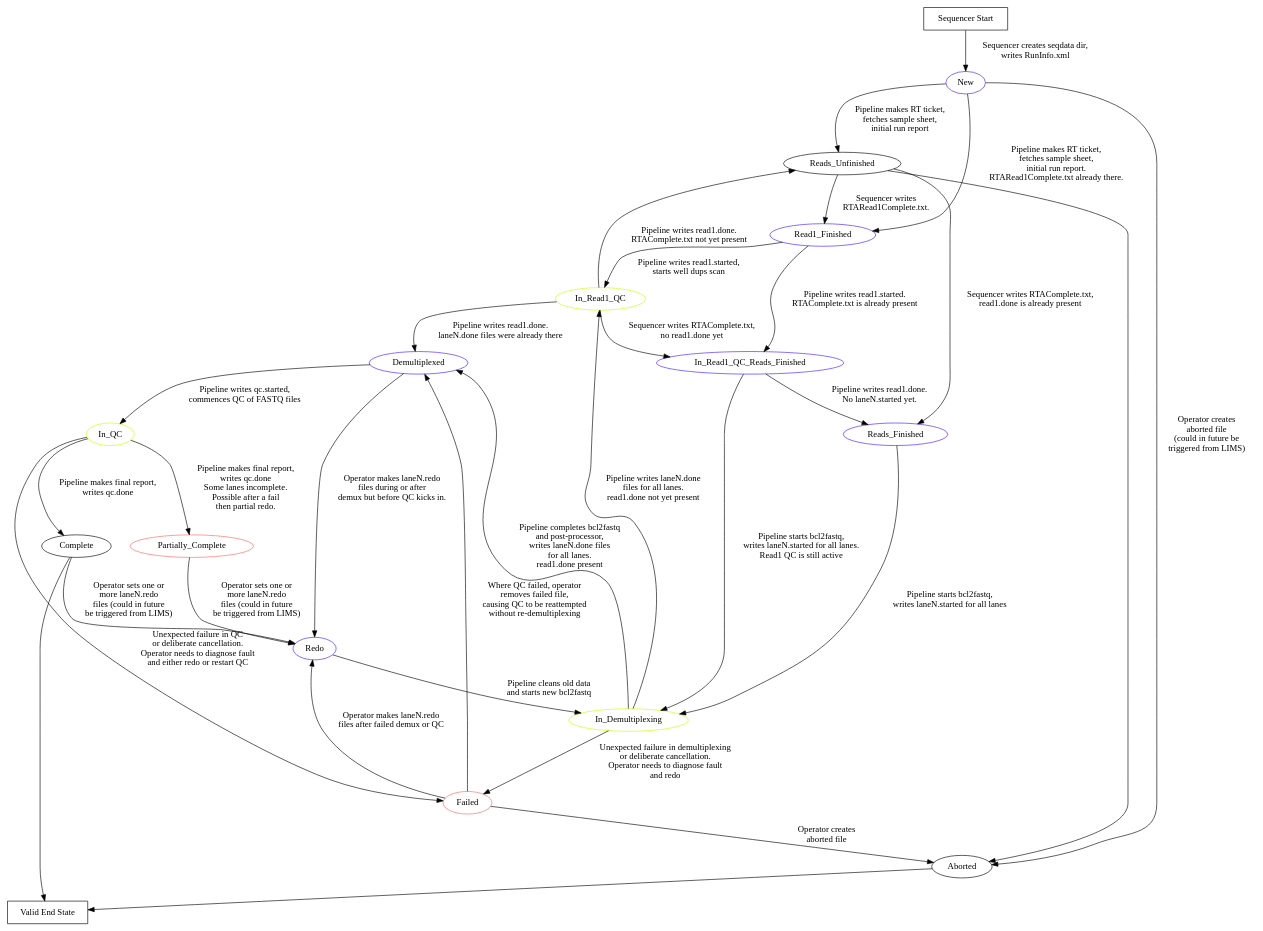
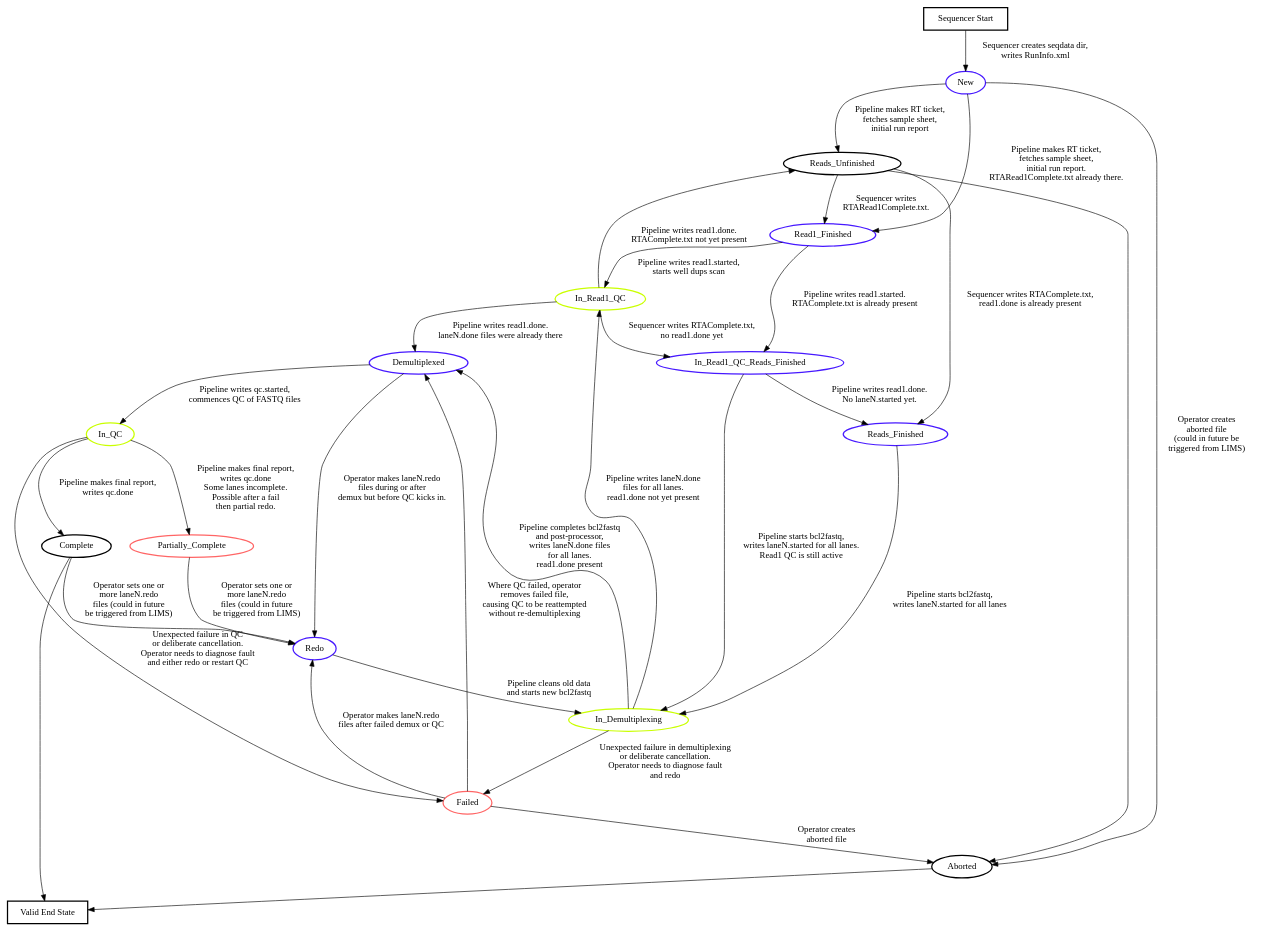
Before and after one commit to EdinburghGenomics/illuminatus: the diagram in doc/qc_trigger.gv, drawn with Graphviz. The commit also changed 1 other file, not shown here.

Commit message:
Tinkering with graph-based status view for the dashboard.

```diff
--- a/doc/qc_trigger.gv
+++ b/doc/qc_trigger.gv
@@ -1,50 +1,51 @@
 digraph G {
   //rankdir=LR;
   // $ dot -Tpdf doc/qc_trigger.gv -o doc/qc_trigger.pdf
   labelfloat=True;
+  node [ style=bold ]
   "Sequencer Start" [ shape = rectangle ]
   "Sequencer Start"   -> "New" [ label = "Sequencer creates seqdata dir,\n writes RunInfo.xml" ]
   "New"               -> "Reads_Unfinished" [ label = "Pipeline makes RT ticket,\n fetches sample sheet,\n initial run report" ]
   "New"               -> "Read1_Finished" [ label = "Pipeline makes RT ticket,\n fetches sample sheet,\n initial run report.\n RTARead1Complete.txt already there." ]
   "New" [color="0.700 0.900 1.000"]
   "Reads_Unfinished"  -> "Read1_Finished" [ label = "Sequencer writes\n RTARead1Complete.txt." ]
   "Read1_Finished"    -> "In_Read1_QC" [ label = "Pipeline writes read1.started,\n starts well dups scan" ]
   "In_Read1_QC"       -> "In_Read1_QC_Reads_Finished" [ label = "Sequencer writes RTAComplete.txt,\n no read1.done yet" ]
   "In_Read1_QC"       -> "Reads_Unfinished" [ label = "Pipeline writes read1.done.\n RTAComplete.txt not yet present" ]
   "In_Read1_QC"       -> "Demultiplexed" [ label = "Pipeline writes read1.done.\n laneN.done files were already there" ]
   "In_Read1_QC" [color="0.201 1.000 1.000"]
   "Read1_Finished"    -> "In_Read1_QC_Reads_Finished" [ label = "Pipeline writes read1.started.\n RTAComplete.txt is already present" ]
   "Read1_Finished" [color="0.700 0.900 1.000"]
   "In_Read1_QC_Reads_Finished" -> "In_Demultiplexing" [ label = "Pipeline starts bcl2fastq,\n writes laneN.started for all lanes.\n Read1 QC is still active" ]
   "In_Read1_QC_Reads_Finished" -> "Reads_Finished" [ label = "Pipeline writes read1.done.\n No laneN.started yet." ]
   "In_Read1_QC_Reads_Finished" [color="0.201 1.000 1.000"]
   "In_Read1_QC_Reads_Finished" [color="0.700 0.900 1.000"]
   "Reads_Unfinished"  -> "Reads_Finished" [ label = "Sequencer writes RTAComplete.txt,\n read1.done is already present" ]
   "Reads_Finished"    -> "In_Demultiplexing" [ label = "Pipeline starts bcl2fastq,\n writes laneN.started for all lanes" ]
   "Reads_Finished" [color="0.700 0.900 1.000"]
   "In_Demultiplexing" -> "In_Read1_QC" [ label = "Pipeline writes laneN.done\n files for all lanes.\n read1.done not yet present" ]
   "In_Demultiplexing" -> "Demultiplexed" [ label = "Pipeline completes bcl2fastq\n and post-processor,\n writes laneN.done files\n for all lanes.\n read1.done present" ]
   "In_Demultiplexing" [color="0.201 1.000 1.000"]
   "Demultiplexed"     -> "In_QC" [ label = "Pipeline writes qc.started,\n commences QC of FASTQ files" ]
   "Demultiplexed" [color="0.700 0.900 1.000"]
   "In_QC"             -> "Complete" [ label = "Pipeline makes final report,\n writes qc.done" ]
   "In_QC"             -> "Failed" [ label = "Unexpected failure in QC\n or deliberate cancellation.\n Operator needs to diagnose fault\n and either redo or restart QC" ]
   "In_QC"             -> "Partially_Complete" [ label = "Pipeline makes final report,\n writes qc.done\n Some lanes incomplete.\n Possible after a fail\n then partial redo." ]
   "In_QC" [color="0.201 1.000 1.000"]
   "In_Demultiplexing" -> "Failed" [ label = "Unexpected failure in demultiplexing\n or deliberate cancellation.\n Operator needs to diagnose fault\n and redo" ]
   "Failed"            -> "Redo" [ label = "Operator makes laneN.redo\n files after failed demux or QC" ]
   "Demultiplexed"     -> "Redo" [ label = "Operator makes laneN.redo\n files during or after\n demux but before QC kicks in." ]
   "Complete"          -> "Redo" [ label = "Operator sets one or\n more laneN.redo\n files (could in future\n be triggered from LIMS)" ]
   "Partially_Complete" -> "Redo" [ label = "Operator sets one or\n more laneN.redo\n files (could in future\n be triggered from LIMS)" ]
   "Partially_Complete" [color="0.000 0.600 1.000"]
   "Failed"            -> "Demultiplexed" [ label = "Where QC failed, operator\n removes failed file,\n causing QC to be reattempted\n without re-demultiplexing" ]
   "Failed" [color="0.000 0.600 1.000"]
   "Redo"              -> "In_Demultiplexing" [ label = "Pipeline cleans old data\n and starts new bcl2fastq" ] 
   "Redo" [color="0.700 0.900 1.000"]
   "New"               -> "Aborted" [ label = "Operator creates\n aborted file\n (could in future be\n triggered from LIMS)" ]
   "Reads_Unfinished"  -> "Aborted"
   "Failed"            -> "Aborted" [ label = "Operator creates\n aborted file" ]
   "Valid End State" [ shape = rectangle ]
   "Complete"          -> "Valid End State"
   "Aborted"           -> "Valid End State"
 }
```
